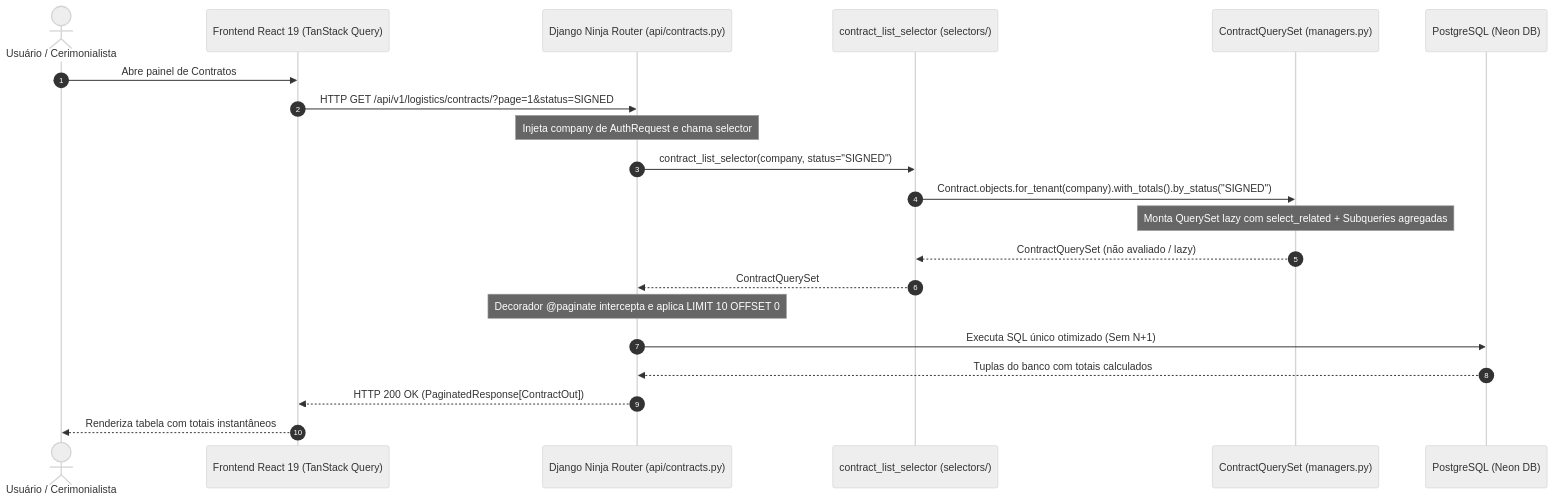
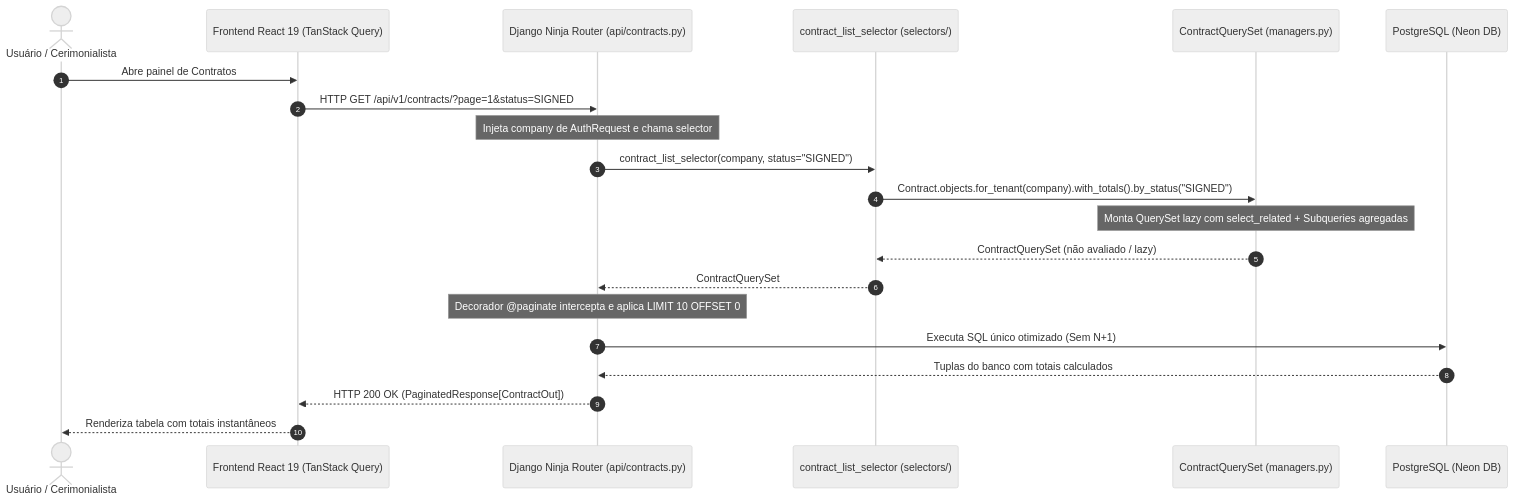
The diagram in docs/architecture/concepts/query-selectors-pattern.md (Rafaelp122/wedding_management), drawn with Mermaid (neutral theme) before and after one commit. The commit also changed other lines of this file and 433 other files, not shown here.

````diff
--- a/docs/architecture/concepts/query-selectors-pattern.md
+++ b/docs/architecture/concepts/query-selectors-pattern.md
@@ -33,24 +33,24 @@
 ```mermaid
 sequenceDiagram
     autonumber
     actor User as Usuário / Cerimonialista
     participant UI as Frontend React 19 (TanStack Query)
     participant API as Django Ninja Router (api/contracts.py)
     participant Selector as contract_list_selector (selectors/)
     participant Manager as ContractQuerySet (managers.py)
     participant DB as PostgreSQL (Neon DB)
 
     User->>UI: Abre painel de Contratos
-    UI->>API: HTTP GET /api/v1/logistics/contracts/?page=1&status=SIGNED
+    UI->>API: HTTP GET /api/v1/contracts/?page=1&status=SIGNED
     Note over API: Injeta company de AuthRequest e chama selector
     API->>Selector: contract_list_selector(company, status="SIGNED")
     Selector->>Manager: Contract.objects.for_tenant(company).with_totals().by_status("SIGNED")
     Note over Manager: Monta QuerySet lazy com select_related + Subqueries agregadas
     Manager-->>Selector: ContractQuerySet (não avaliado / lazy)
     Selector-->>API: ContractQuerySet
     Note over API: Decorador @paginate intercepta e aplica LIMIT 10 OFFSET 0
     API->>DB: Executa SQL único otimizado (Sem N+1)
     DB-->>API: Tuplas do banco com totais calculados
     API-->>UI: HTTP 200 OK (PaginatedResponse[ContractOut])
     UI-->>User: Renderiza tabela com totais instantâneos
 ```
````
